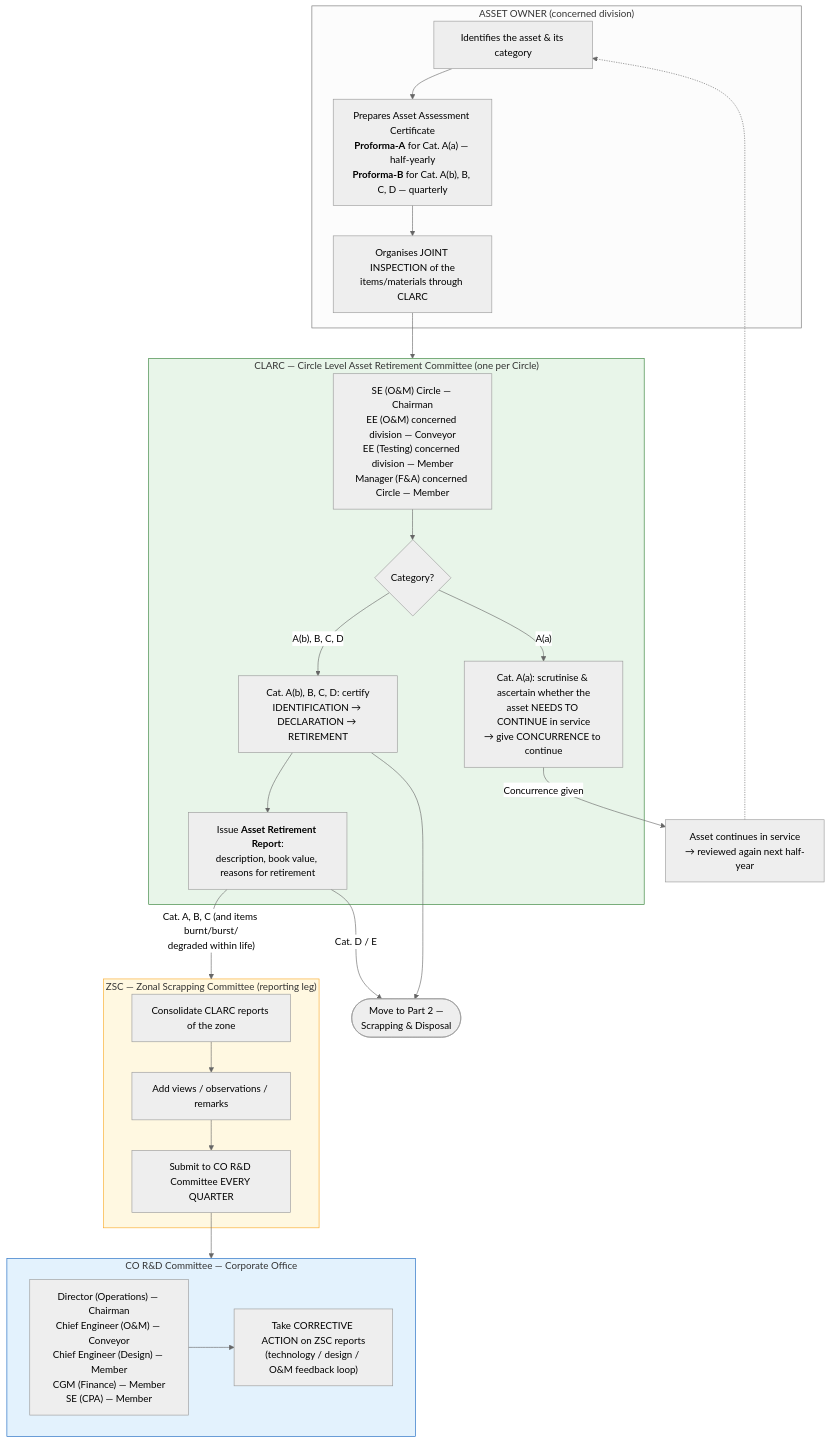
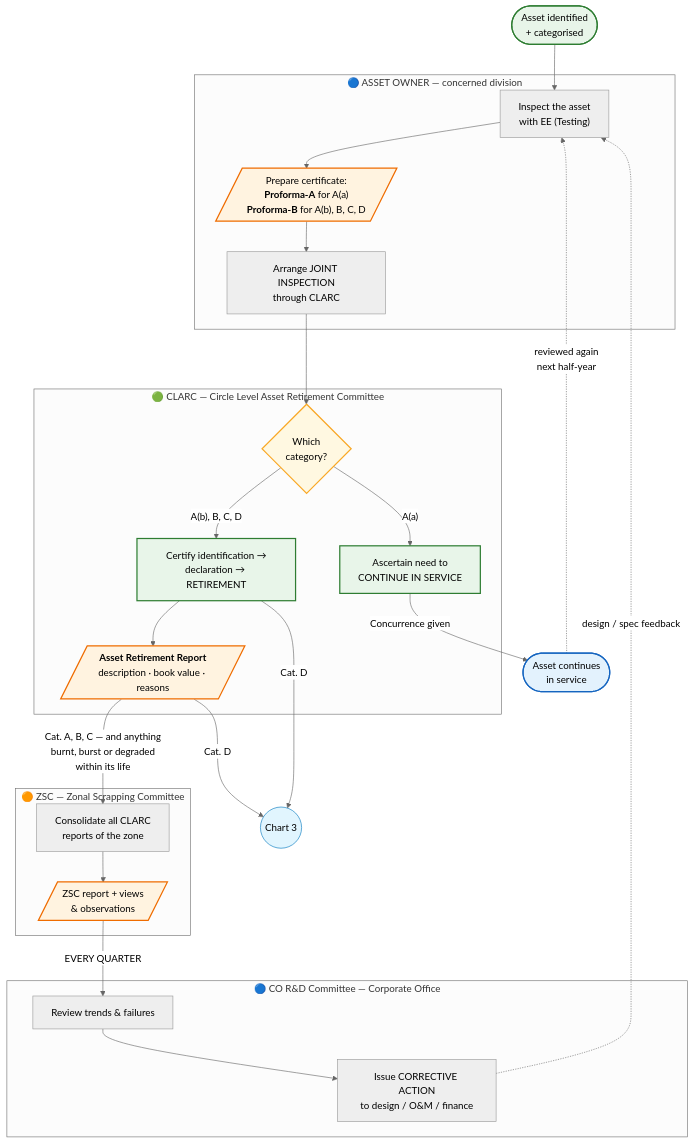
The fourth of 10 diagrams in docs/flowchart.md (piyush4315/08.09.2026), drawn with Mermaid (neutral theme) before and after one commit. The commit also changed other lines of this file and 2 other files, not shown here.

Commit message:
Redraw policy flow charts as diagrammatic flowcharts with standard symbols

````diff
--- a/docs/flowchart.md
+++ b/docs/flowchart.md
@@ -83,46 +163,51 @@
 ```mermaid
 flowchart TD
-    subgraph OWNER["ASSET OWNER (concerned division)"]
-        O1["Identifies the asset &amp; its category"]
-        O2["Prepares Asset Assessment Certificate<br/><b>Proforma-A</b> for Cat. A(a) — half-yearly<br/><b>Proforma-B</b> for Cat. A(b), B, C, D — quarterly"]
-        O3["Organises JOINT INSPECTION of the<br/>items/materials through CLARC"]
+    START(["Asset identified<br/>+ categorised"]) --> O1
+
+    subgraph LANE1["🔵 ASSET OWNER — concerned division"]
+        O1["Inspect the asset<br/>with EE (Testing)"]
+        O2[/"Prepare certificate:<br/><b>Proforma-A</b> for A(a)<br/><b>Proforma-B</b> for A(b), B, C, D"/]
+        O3["Arrange JOINT INSPECTION<br/>through CLARC"]
         O1 --> O2 --> O3
     end
 
-    subgraph CLARC["CLARC — Circle Level Asset Retirement Committee (one per Circle)"]
-        C0["SE (O&amp;M) Circle — Chairman<br/>EE (O&amp;M) concerned division — Conveyor<br/>EE (Testing) concerned division — Member<br/>Manager (F&amp;A) concerned Circle — Member"]
-        C1{"Category?"}
-        C2["Cat. A(a): scrutinise &amp; ascertain whether the<br/>asset NEEDS TO CONTINUE in service<br/>→ give CONCURRENCE to continue"]
-        C3["Cat. A(b), B, C, D: certify<br/>IDENTIFICATION → DECLARATION → RETIREMENT"]
-        C4["Issue <b>Asset Retirement Report</b>:<br/>description, book value, reasons for retirement"]
-        C0 --> C1
+    subgraph LANE2["🟢 CLARC — Circle Level Asset Retirement Committee"]
+        C1{"Which<br/>category?"}
+        C2["Ascertain need to<br/>CONTINUE IN SERVICE"]
+        C3["Certify identification →<br/>declaration → RETIREMENT"]
+        C4[/"<b>Asset Retirement Report</b><br/>description · book value · reasons"/]
         C1 -->|"A(a)"| C2
-        C1 -->|"A(b), B, C, D"| C3
-        C3 --> C4
+        C1 -->|"A(b), B, C, D"| C3 --> C4
     end
 
-    subgraph ZSC1["ZSC — Zonal Scrapping Committee (reporting leg)"]
-        Z1["Consolidate CLARC reports of the zone"]
-        Z2["Add views / observations / remarks"]
-        Z3["Submit to CO R&amp;D Committee EVERY QUARTER"]
-        Z1 --> Z2 --> Z3
+    subgraph LANE3["🟠 ZSC — Zonal Scrapping Committee"]
+        Z1["Consolidate all CLARC<br/>reports of the zone"]
+        Z2[/"ZSC report + views<br/>&amp; observations"/]
+        Z1 --> Z2
     end
 
-    subgraph CORD["CO R&amp;D Committee — Corporate Office"]
-        R1["Director (Operations) — Chairman<br/>Chief Engineer (O&amp;M) — Conveyor<br/>Chief Engineer (Design) — Member<br/>CGM (Finance) — Member<br/>SE (CPA) — Member"]
-        R2["Take CORRECTIVE ACTION on ZSC reports<br/>(technology / design / O&amp;M feedback loop)"]
+    subgraph LANE4["🔵 CO R&amp;D Committee — Corporate Office"]
+        R1["Review trends &amp; failures"]
+        R2["Issue CORRECTIVE ACTION<br/>to design / O&amp;M / finance"]
         R1 --> R2
     end
 
-    O3 --> CLARC
-    C2 -->|"Concurrence given"| KEEP["Asset continues in service<br/>→ reviewed again next half-year"]
-    KEEP -.-> O1
-    C4 -->|"Cat. A, B, C (and items burnt/burst/<br/>degraded within life)"| ZSC1
-    Z3 --> CORD
-    C4 -->|"Cat. D / E"| NEXT(["Move to Part 2 —<br/>Scrapping &amp; Disposal"])
-    C3 --> NEXT
+    O3 --> C1
+    C2 -->|"Concurrence given"| KEEP(["Asset continues<br/>in service"])
+    KEEP -.->|"reviewed again<br/>next half-year"| O1
+    C4 -->|"Cat. A, B, C — and anything<br/>burnt, burst or degraded<br/>within its life"| Z1
+    Z2 -->|"EVERY QUARTER"| R1
+    C4 -->|"Cat. D"| NEXT(("Chart 3"))
+    C3 -->|"Cat. D"| NEXT
+    R2 -.->|"design / spec feedback"| O1
 
-    style CLARC fill:#e8f5e9,stroke:#2e7d32
-    style ZSC1 fill:#fff8e1,stroke:#f9a825
-    style CORD fill:#e3f2fd,stroke:#1565c0
+    style C1 fill:#fff8e1,stroke:#f9a825,stroke-width:2px
+    style C2 fill:#e8f5e9,stroke:#2e7d32,stroke-width:2px
+    style C3 fill:#e8f5e9,stroke:#2e7d32,stroke-width:2px
+    style Z2 fill:#fff3e0,stroke:#ef6c00,stroke-width:2px
+    style C4 fill:#fff3e0,stroke:#ef6c00,stroke-width:2px
+    style O2 fill:#fff3e0,stroke:#ef6c00,stroke-width:2px
+    style START fill:#e8f5e9,stroke:#2e7d32,stroke-width:2px
+    style KEEP fill:#e3f2fd,stroke:#1565c0,stroke-width:2px
+    style NEXT fill:#e1f5fe,stroke:#0277bd
 ```
````
